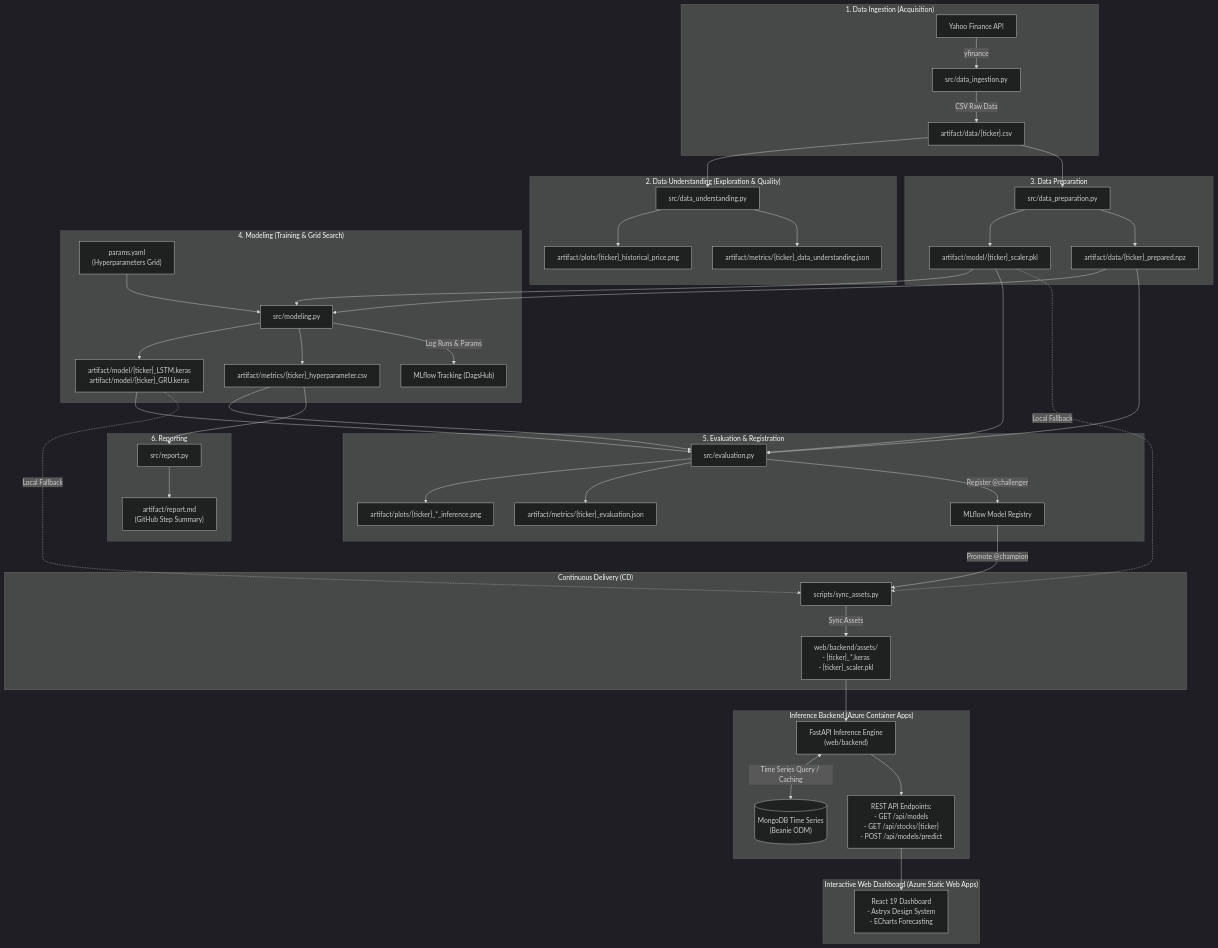
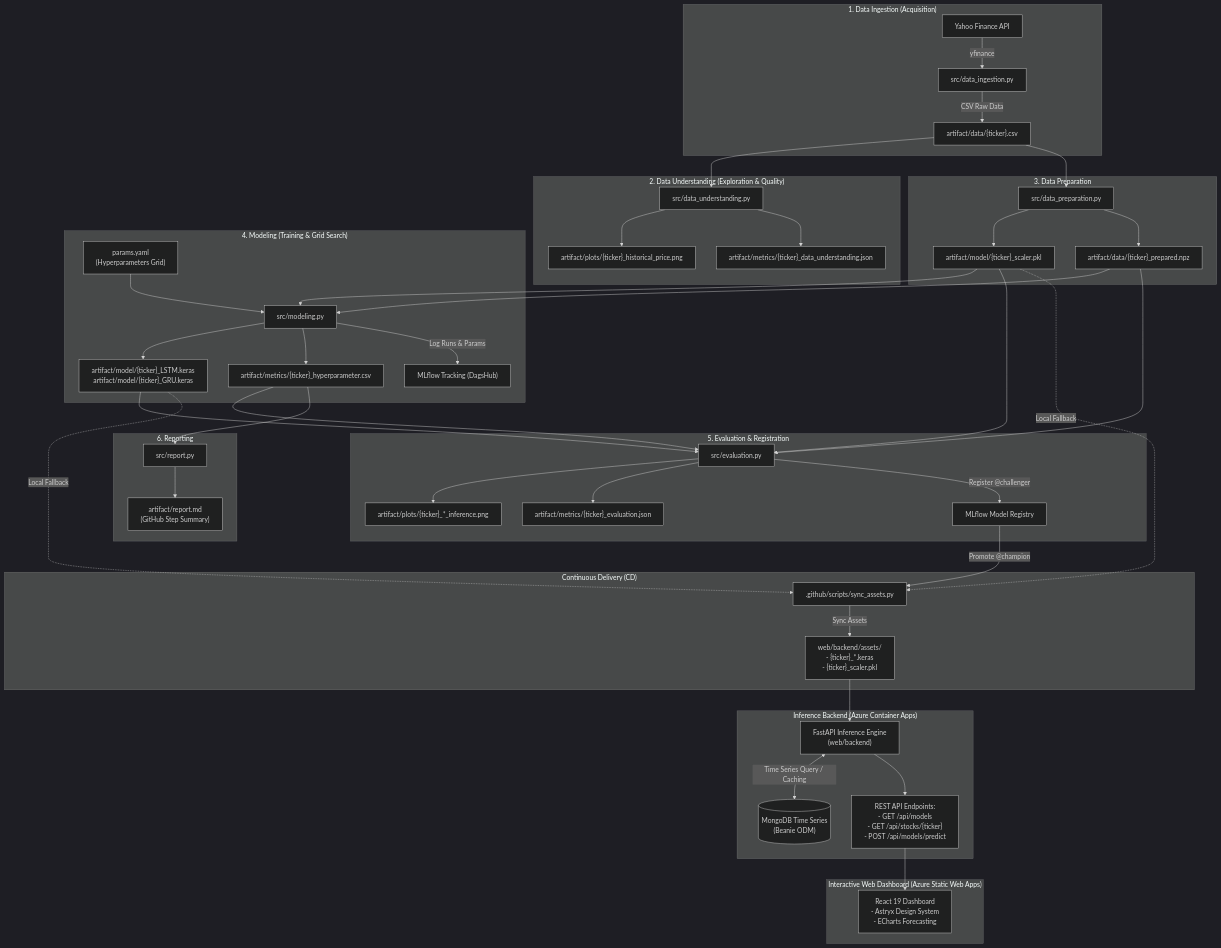
The first of 3 diagrams in README.md (qoriib/MLOps-Stock-Forecasting), drawn with Mermaid (dark theme) before and after one commit. The commit also changed other lines of this file and 4 other files, not shown here.

Commit message:
refactor(ci): relocate sync_assets deployment script into .github/scripts/

````diff
--- a/README.md
+++ b/README.md
@@ -78,60 +78,60 @@
 ```mermaid
 flowchart TD
     subgraph CRISP_DM_1 ["1. Data Ingestion (Acquisition)"]
         YF["Yahoo Finance API"] -->|yfinance| STG_ING["src/data_ingestion.py"]
         STG_ING -->|CSV Raw Data| RAW_DATA["artifact/data/{ticker}.csv"]
     end
 
     subgraph CRISP_DM_2 ["2. Data Understanding (Exploration & Quality)"]
         RAW_DATA --> STG_UND["src/data_understanding.py"]
         STG_UND --> PLOT_HIST["artifact/plots/{ticker}_historical_price.png"]
         STG_UND --> METRIC_UND["artifact/metrics/{ticker}_data_understanding.json"]
     end
 
     subgraph CRISP_DM_3 ["3. Data Preparation"]
         RAW_DATA --> STG_PREP["src/data_preparation.py"]
         STG_PREP --> SCALER["artifact/model/{ticker}_scaler.pkl"]
         STG_PREP --> PREP_DATA["artifact/data/{ticker}_prepared.npz"]
     end
 
     subgraph CRISP_DM_4 ["4. Modeling (Training & Grid Search)"]
         PREP_DATA --> STG_MOD["src/modeling.py"]
         SCALER --> STG_MOD
         PARAMS["params.yaml\n(Hyperparameters Grid)"] --> STG_MOD
         STG_MOD --> MODELS_KERAS["artifact/model/{ticker}_LSTM.keras\nartifact/model/{ticker}_GRU.keras"]
         STG_MOD --> HP_CSV["artifact/metrics/{ticker}_hyperparameter.csv"]
         STG_MOD -->|Log Runs & Params| MLFLOW_EXP["MLflow Tracking (DagsHub)"]
     end
 
     subgraph CRISP_DM_5 ["5. Evaluation & Registration"]
         PREP_DATA --> STG_EVAL["src/evaluation.py"]
         MODELS_KERAS --> STG_EVAL
         SCALER --> STG_EVAL
         HP_CSV --> STG_EVAL
         STG_EVAL --> EVAL_PLOTS["artifact/plots/{ticker}_*_inference.png"]
         STG_EVAL --> EVAL_METRICS["artifact/metrics/{ticker}_evaluation.json"]
         STG_EVAL -->|Register @challenger| MLFLOW_REG["MLflow Model Registry"]
     end
 
     subgraph CRISP_DM_6 ["6. Reporting"]
         HP_CSV --> STG_REPORT["src/report.py"]
         STG_REPORT --> PIPELINE_REPORT["artifact/report.md\n(GitHub Step Summary)"]
     end
 
     subgraph Serving_Sync ["Continuous Delivery (CD)"]
-        MLFLOW_REG -->|Promote @champion| SYNC_SCRIPT["scripts/sync_assets.py"]
+        MLFLOW_REG -->|Promote @champion| SYNC_SCRIPT[".github/scripts/sync_assets.py"]
         MODELS_KERAS -.->|Local Fallback| SYNC_SCRIPT
         SCALER -.->|Local Fallback| SYNC_SCRIPT
         SYNC_SCRIPT -->|Sync Assets| BACKEND_ASSETS["web/backend/assets/\n- {ticker}_*.keras\n- {ticker}_scaler.pkl"]
     end
 
     subgraph Backend_Serving ["Inference Backend (Azure Container Apps)"]
         BACKEND_ASSETS --> FASTAPI["FastAPI Inference Engine\n(web/backend)"]
         FASTAPI <-->|Time Series Query / Caching| MONGO[("MongoDB Time Series\n(Beanie ODM)")]
         FASTAPI --> API_ENDPOINTS["REST API Endpoints:\n- GET /api/models\n- GET /api/stocks/{ticker}\n- POST /api/models/predict"]
     end
 
     subgraph Frontend_App ["Interactive Web Dashboard (Azure Static Web Apps)"]
         API_ENDPOINTS --> FRONTEND["React 19 Dashboard\n- Astryx Design System\n- ECharts Forecasting"]
     end
 ```
````
